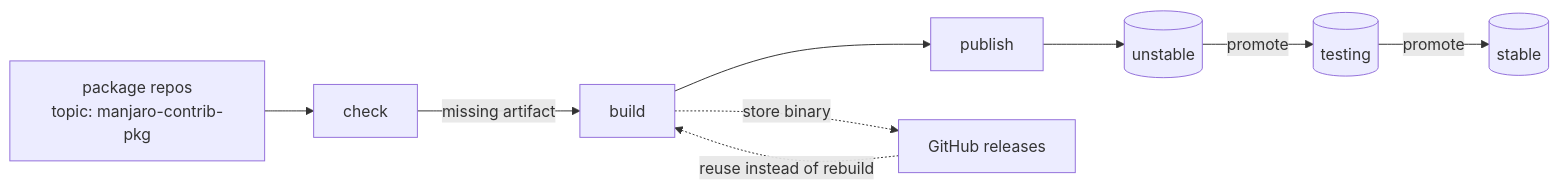
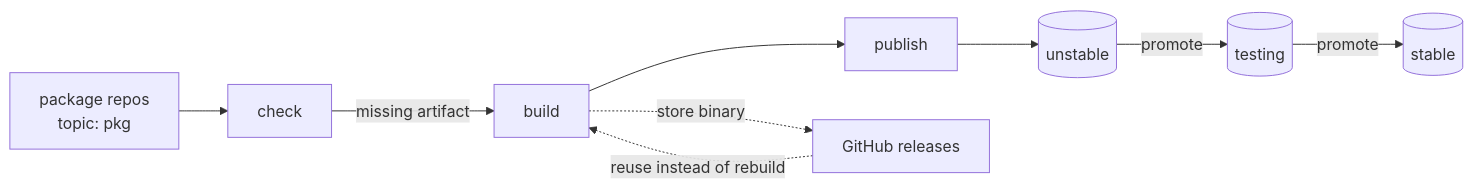
The diagram in README.md (manjaro-contrib/packages), drawn with Mermaid before and after one commit. The commit also changed other lines of this file and 1 other file, not shown here.

First line of the commit message:
chore: discover package repos by the 'pkg' topic

````diff
--- a/README.md
+++ b/README.md
@@ -59,11 +59,11 @@
 ```mermaid
 flowchart LR
-  R[package repos<br/>topic: manjaro-contrib-pkg] --> C[check]
+  R[package repos<br/>topic: pkg] --> C[check]
   C -->|missing artifact| B[build]
   B --> P[publish]
   P --> U[(unstable)]
   U -->|promote| T[(testing)]
   T -->|promote| S[(stable)]
   B -.->|store binary| GH[GitHub releases]
   GH -.->|reuse instead of rebuild| B
 ```
````
